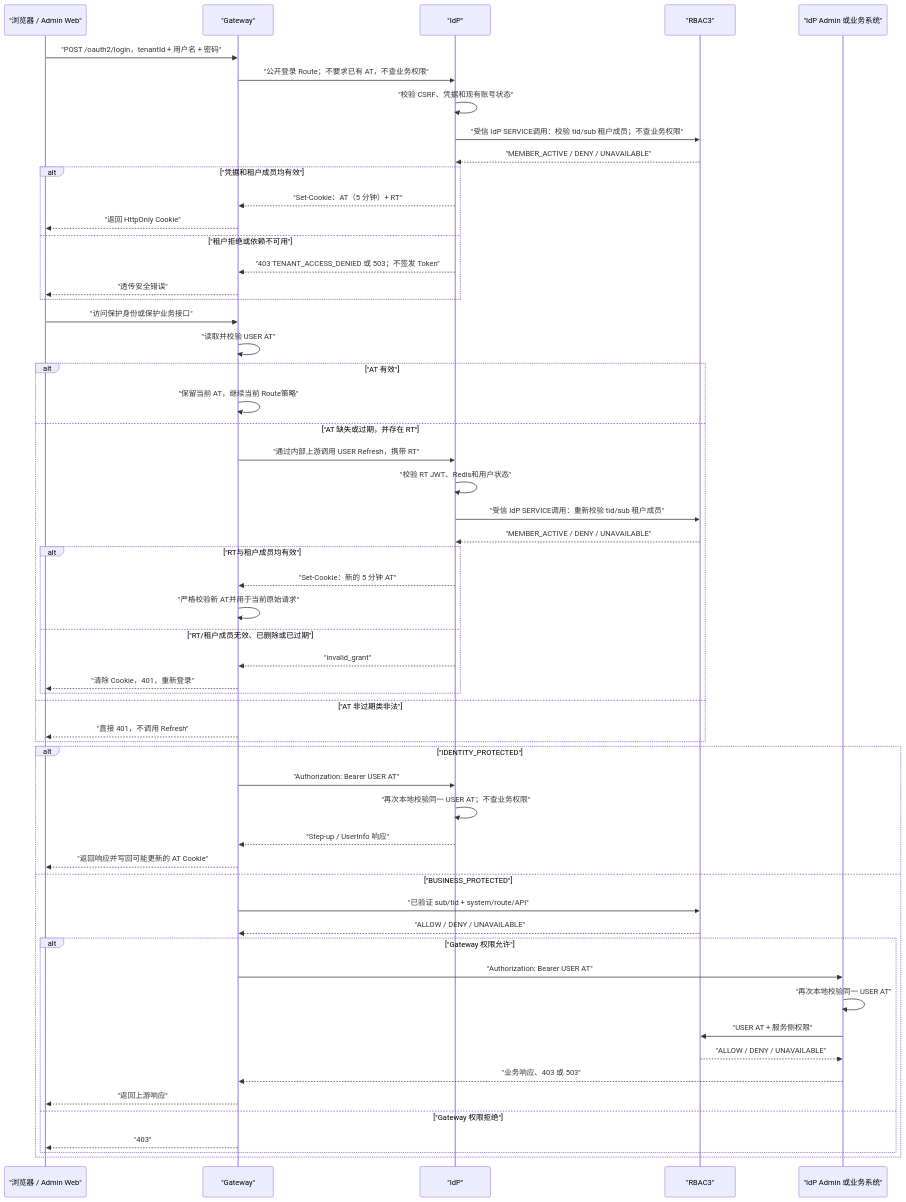
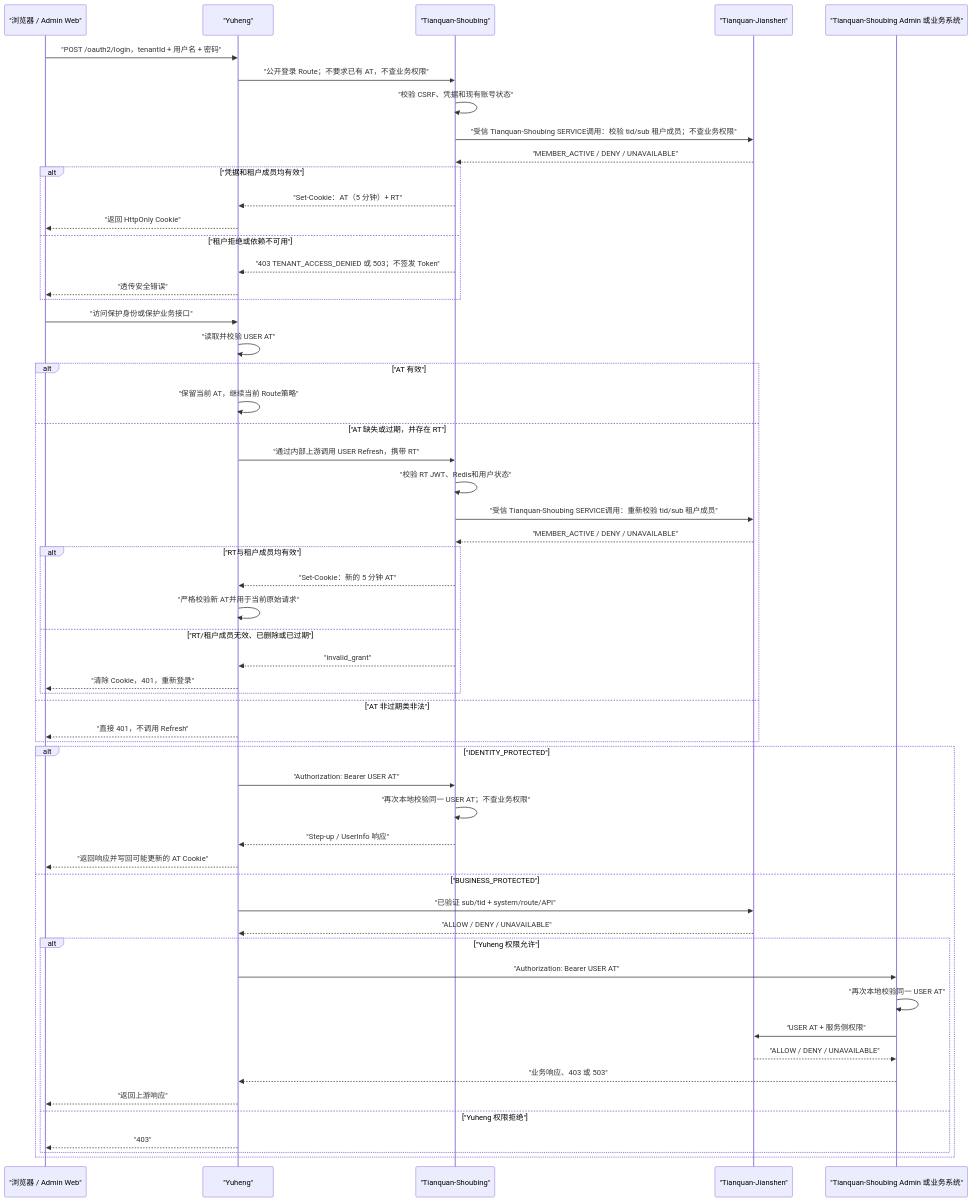
One commit to AllenDEricDAlexander/Egon-COLA changed the fourth of 6 diagrams in docs/superpowers/specs/2026-08-13-unified-identity-stateless-jwt-session-removal-design.md. Above: the diagram before and after it, drawn with Mermaid. The commit also changed other lines of this file and 233 other files, not shown here.

````diff
--- a/docs/superpowers/specs/2026-08-13-unified-identity-stateless-jwt-session-removal-design.md
+++ b/docs/superpowers/specs/2026-08-13-unified-identity-stateless-jwt-session-removal-design.md
@@ -710,62 +710,62 @@
 ```mermaid
 sequenceDiagram
     participant U as "浏览器 / Admin Web"
-    participant G as "Gateway"
-    participant I as "IdP"
-    participant R as "RBAC3"
-    participant S as "IdP Admin 或业务系统"
+    participant G as "Yuheng"
+    participant I as "Tianquan-Shoubing"
+    participant R as "Tianquan-Jianshen"
+    participant S as "Tianquan-Shoubing Admin 或业务系统"
 
     U->>G: "POST /oauth2/login，tenantId + 用户名 + 密码"
     G->>I: "公开登录 Route；不要求已有 AT，不查业务权限"
     I->>I: "校验 CSRF、凭据和现有账号状态"
-    I->>R: "受信 IdP SERVICE调用：校验 tid/sub 租户成员；不查业务权限"
+    I->>R: "受信 Tianquan-Shoubing SERVICE调用：校验 tid/sub 租户成员；不查业务权限"
     R-->>I: "MEMBER_ACTIVE / DENY / UNAVAILABLE"
     alt "凭据和租户成员均有效"
         I-->>G: "Set-Cookie：AT（5 分钟）+ RT"
         G-->>U: "返回 HttpOnly Cookie"
     else "租户拒绝或依赖不可用"
         I-->>G: "403 TENANT_ACCESS_DENIED 或 503；不签发 Token"
         G-->>U: "透传安全错误"
     end
 
     U->>G: "访问保护身份或保护业务接口"
     G->>G: "读取并校验 USER AT"
 
     alt "AT 有效"
         G->>G: "保留当前 AT，继续当前 Route策略"
     else "AT 缺失或过期，并存在 RT"
         G->>I: "通过内部上游调用 USER Refresh，携带 RT"
         I->>I: "校验 RT JWT、Redis和用户状态"
-        I->>R: "受信 IdP SERVICE调用：重新校验 tid/sub 租户成员"
+        I->>R: "受信 Tianquan-Shoubing SERVICE调用：重新校验 tid/sub 租户成员"
         R-->>I: "MEMBER_ACTIVE / DENY / UNAVAILABLE"
         alt "RT与租户成员均有效"
             I-->>G: "Set-Cookie：新的 5 分钟 AT"
             G->>G: "严格校验新 AT并用于当前原始请求"
         else "RT/租户成员无效、已删除或已过期"
             I-->>G: "invalid_grant"
             G-->>U: "清除 Cookie，401，重新登录"
         end
     else "AT 非过期类非法"
         G-->>U: "直接 401，不调用 Refresh"
     end
 
     alt "IDENTITY_PROTECTED"
         G->>I: "Authorization: Bearer USER AT"
         I->>I: "再次本地校验同一 USER AT；不查业务权限"
         I-->>G: "Step-up / UserInfo 响应"
         G-->>U: "返回响应并写回可能更新的 AT Cookie"
     else "BUSINESS_PROTECTED"
         G->>R: "已验证 sub/tid + system/route/API"
         R-->>G: "ALLOW / DENY / UNAVAILABLE"
-        alt "Gateway 权限允许"
+        alt "Yuheng 权限允许"
             G->>S: "Authorization: Bearer USER AT"
             S->>S: "再次本地校验同一 USER AT"
             S->>R: "USER AT + 服务侧权限"
             R-->>S: "ALLOW / DENY / UNAVAILABLE"
             S-->>G: "业务响应、403 或 503"
             G-->>U: "返回上游响应"
-        else "Gateway 权限拒绝"
+        else "Yuheng 权限拒绝"
             G-->>U: "403"
         end
     end
 ```
````
